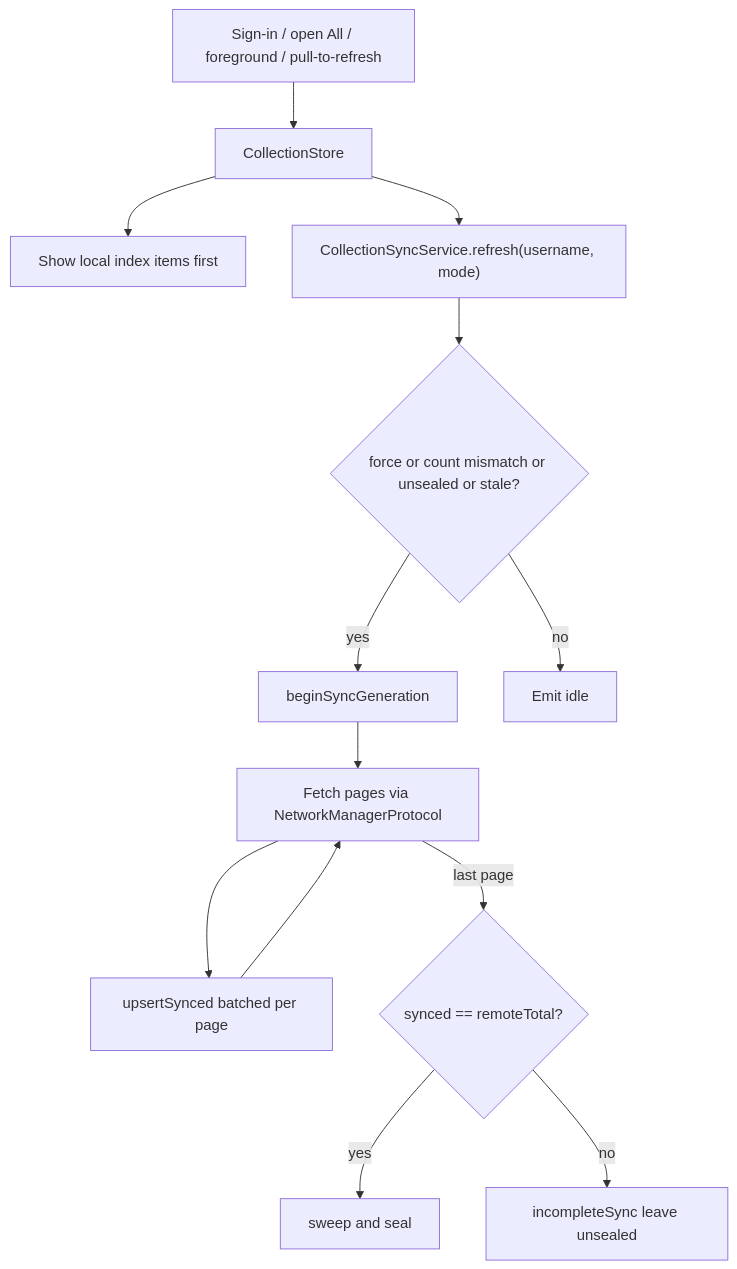
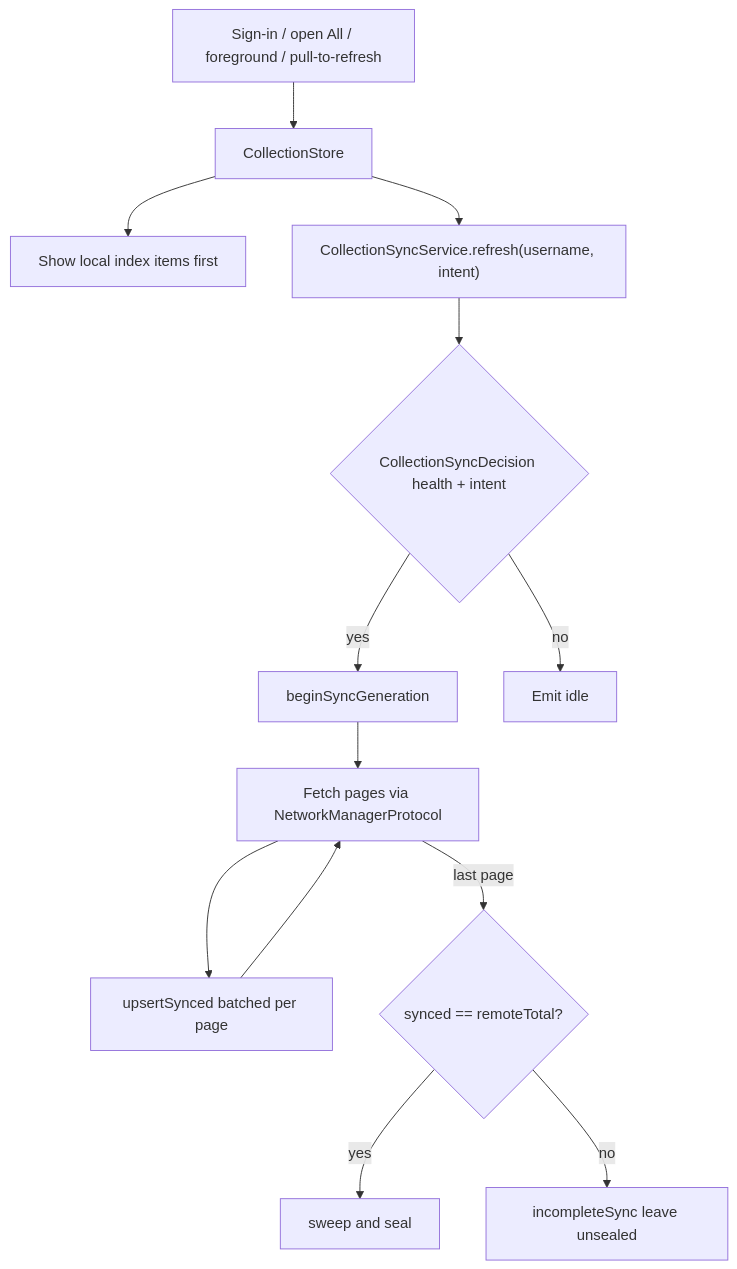
One commit to DamienThomp/discoscan-app changed the second of 2 diagrams in docs/collection-sync.md. Above: the diagram before and after it, drawn with Mermaid. The commit also changed other lines of this file and 9 other files, not shown here.

Commit message:
refactor: collection local sync

````diff
--- a/docs/collection-sync.md
+++ b/docs/collection-sync.md
@@ -45,26 +46,26 @@
 ```mermaid
 flowchart TD
     triggers["Sign-in / open All / foreground / pull-to-refresh"]
     store[CollectionStore]
     loadLocal[Show local index items first]
-    service["CollectionSyncService.refresh(username, mode)"]
-    decide{"force or count mismatch or unsealed or stale?"}
+    service["CollectionSyncService.refresh(username, intent)"]
+    decide{"CollectionSyncDecision health + intent"}
     begin[beginSyncGeneration]
     pages["Fetch pages via NetworkManagerProtocol"]
     upsert["upsertSynced batched per page"]
     verify{"synced == remoteTotal?"}
     sweep[sweep and seal]
     unsealed["incompleteSync leave unsealed"]
     triggers --> store
     store --> loadLocal
     store --> service
     service --> decide
     decide -->|no| idleNode[Emit idle]
     decide -->|yes| begin
     begin --> pages
     pages --> upsert
     upsert --> pages
     pages -->|last page| verify
     verify -->|yes| sweep
     verify -->|no| unsealed
 ```
````
